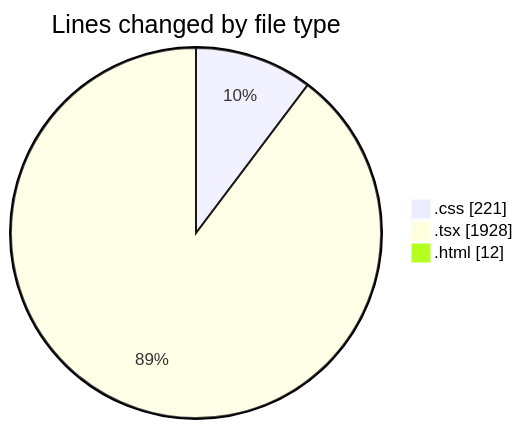
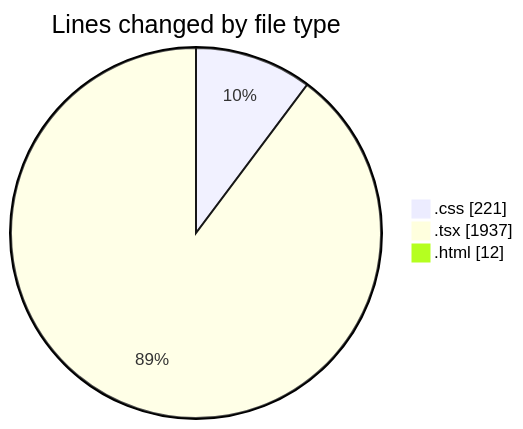
The first of 2 diagrams in 2025-03-29/binarysec/README.md (Elitesun/code-tracking), drawn with Mermaid before and after one commit. The commit also changed other lines of this file and 1 other file, not shown here.

````diff
--- a/2025-03-29/binarysec/README.md
+++ b/2025-03-29/binarysec/README.md
@@ -32,7 +32,7 @@
 ```mermaid
 pie showData
 title Lines changed by file type
 ".css" : 221
-".tsx" : 1928
+".tsx" : 1937
 ".html" : 12
 ```
````
